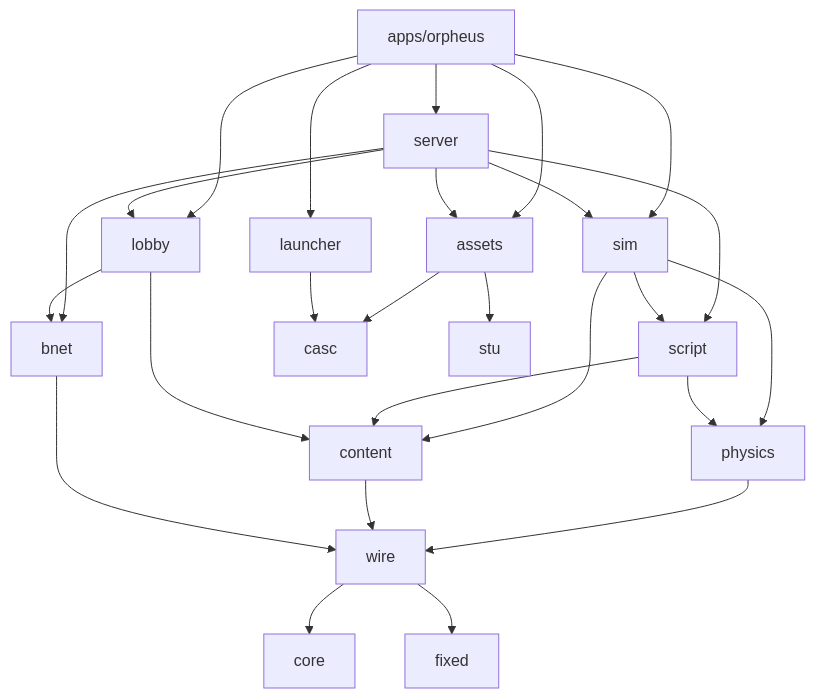
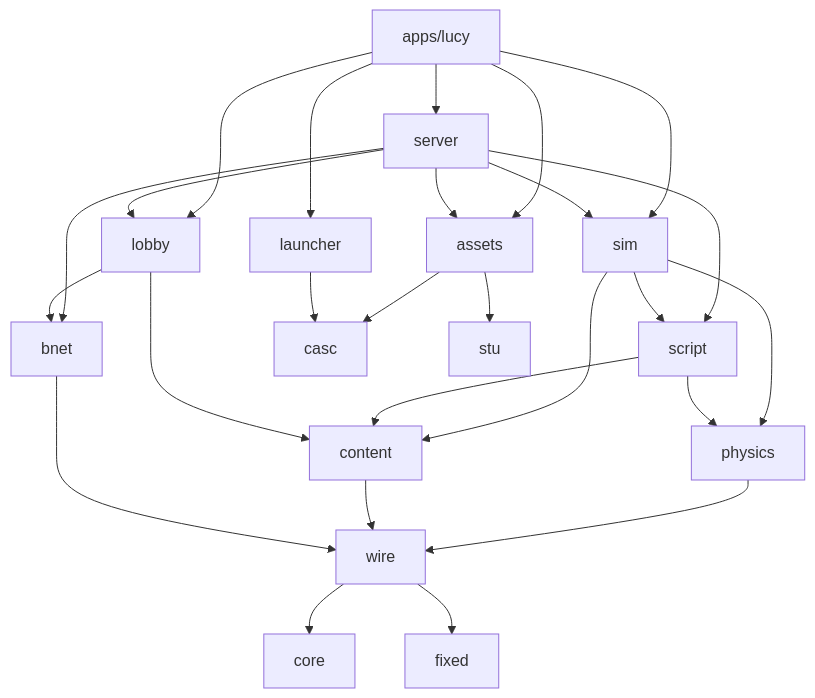
Before and after one commit to imunproductive/lucy: the first of 2 diagrams in docs/dev/architecture.md, drawn with Mermaid. The commit also changed other lines of this file and 404 other files, not shown here.

First line of the commit message:
Rename the project from ORPHEUS to Lucy

````diff
--- a/docs/dev/architecture.md
+++ b/docs/dev/architecture.md
@@ -51,28 +51,28 @@
 ```mermaid
 graph TD
-  app[apps/orpheus] --> server
+  app[apps/lucy] --> server
   app --> launcher
   app --> assets
   app --> lobby
   app --> sim
   server --> sim
   server --> lobby
   server --> bnet
   server --> script
   server --> assets
   assets --> casc
   assets --> stu
   launcher --> casc
   sim --> script
   sim --> physics
   sim --> content
   script --> physics
   script --> content
   lobby --> content
   lobby --> bnet
   physics --> wire
   content --> wire
   bnet --> wire
   wire --> core
   wire --> fixed
 ```
````
